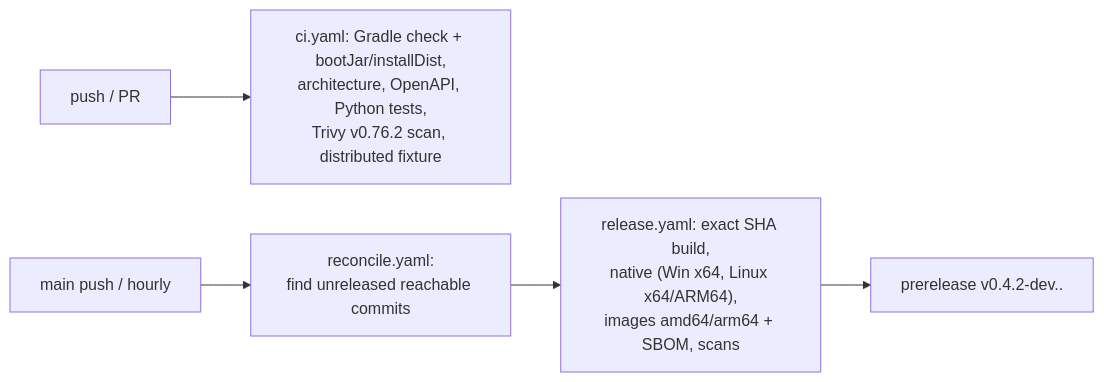
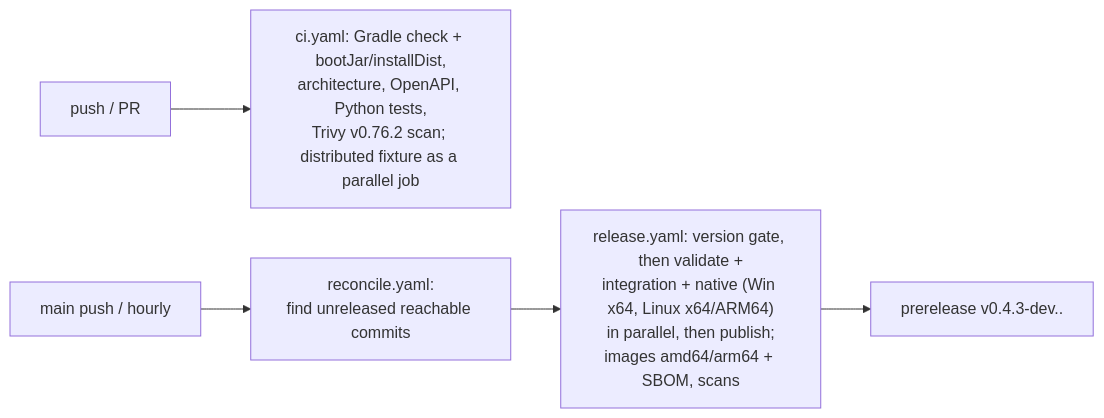
Before and after one commit to athegreat90/minecraft-modsync: diagram 12 of 12 in docs/GUIDE.md, drawn with Mermaid. The commit also changed 17 other files, not shown here.

First line of the commit message:
ci: build the JVM artifact once and run release/CI jobs in parallel (0.4.3)

````diff
--- a/docs/GUIDE.md
+++ b/docs/GUIDE.md
@@ -384,7 +384,7 @@
 ```mermaid
 flowchart LR
-  PR[push / PR] --> CI["ci.yaml: Gradle check + bootJar/installDist,\narchitecture, OpenAPI, Python tests,\nTrivy v0.76.2 scan, distributed fixture"]
+  PR[push / PR] --> CI["ci.yaml: Gradle check + bootJar/installDist,\narchitecture, OpenAPI, Python tests,\nTrivy v0.76.2 scan; distributed fixture as a parallel job"]
   main[main push / hourly] --> REC["reconcile.yaml:\nfind unreleased reachable commits"]
-  REC --> REL["release.yaml: exact SHA build,\nnative (Win x64, Linux x64/ARM64),\nimages amd64/arm64 + SBOM, scans"]
-  REL --> PRE["prerelease v0.4.2-dev.<time>.<sha>"]
+  REC --> REL["release.yaml: version gate, then validate +\nintegration + native (Win x64, Linux x64/ARM64)\nin parallel, then publish;\nimages amd64/arm64 + SBOM, scans"]
+  REL --> PRE["prerelease v0.4.3-dev.<time>.<sha>"]
 ```
````
